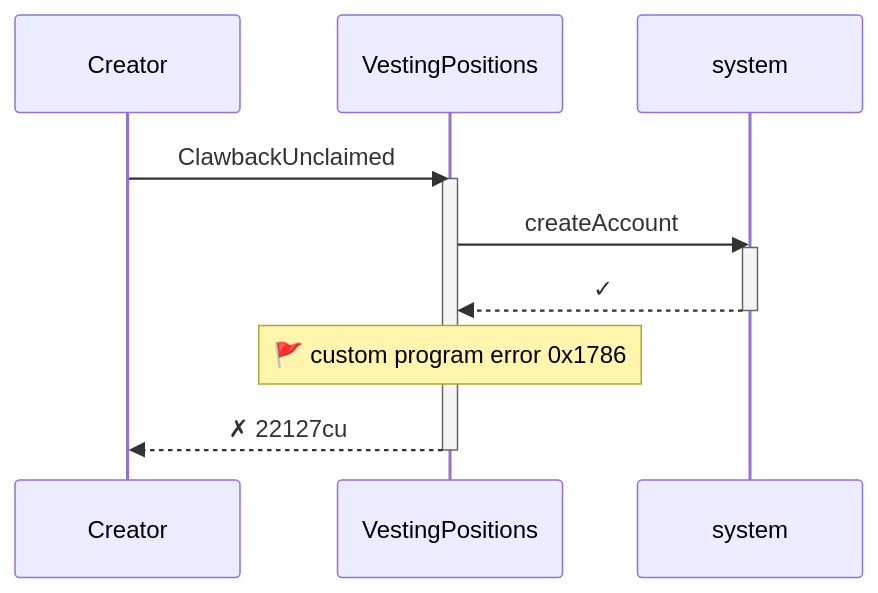
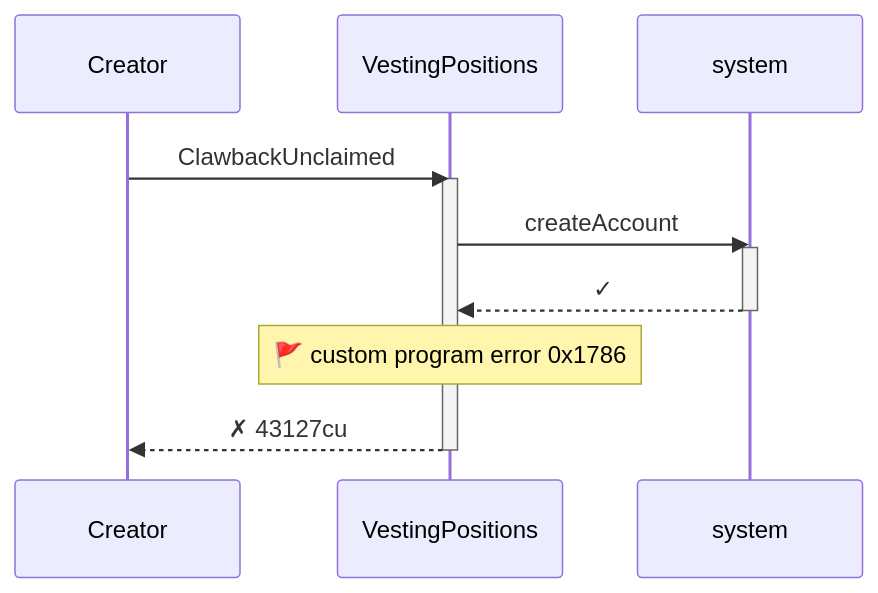
One commit to cds-turbin3/vesting-position changed the fourth of 6 diagrams in babelfish-tests/test-report/clawback_unclaimed_before_grace_fails.md. Above: the diagram before and after it, drawn with Mermaid. The commit also changed other lines of this file and 106 other files, not shown here.

````diff
--- a/babelfish-tests/test-report/clawback_unclaimed_before_grace_fails.md
+++ b/babelfish-tests/test-report/clawback_unclaimed_before_grace_fails.md
@@ -200,15 +205,15 @@
 ```mermaid
 sequenceDiagram
     participant p0 as Creator
     participant p1 as VestingPositions
     participant p2 as system
     p0->>p1: ClawbackUnclaimed
     activate p1
     p1->>p2: createAccount
     activate p2
     p2-->>p1: ✓
     deactivate p2
     note over p1: 🚩 custom program error  0x1786
-    p1-->>p0: ✗ 22127cu
+    p1-->>p0: ✗ 43127cu
     deactivate p1
 ```
````
